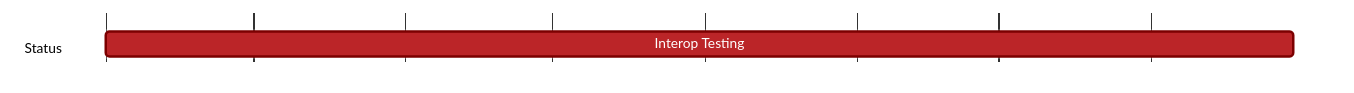
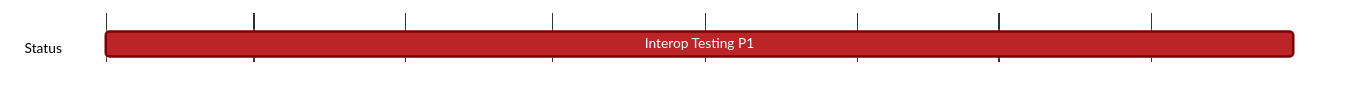
The diagram in content/vac/qa/g/waku/interop-testing-p1.md (logos-co/roadmap), drawn with Mermaid before and after one commit.

````diff
--- a/content/vac/qa/g/waku/interop-testing-p1.md
+++ b/content/vac/qa/g/waku/interop-testing-p1.md
@@ -7,20 +7,20 @@
 ```mermaid
 %%{ 
   init: { 
     'theme': 'base', 
     'themeVariables': { 
       'primaryColor': '#BB2528', 
       'primaryTextColor': '#fff', 
       'primaryBorderColor': '#7C0000', 
       'lineColor': '#F8B229', 
       'secondaryColor': '#006100', 
       'tertiaryColor': '#fff' 
     } 
   } 
 }%%
 gantt
   tickInterval 1month
   dateFormat YYYY-MM-DD 
   section Status
-    Interop Testing:  2023-09-01, 2024-04-30
+    Interop Testing P1:  2023-09-01, 2024-04-30
 ```
````
